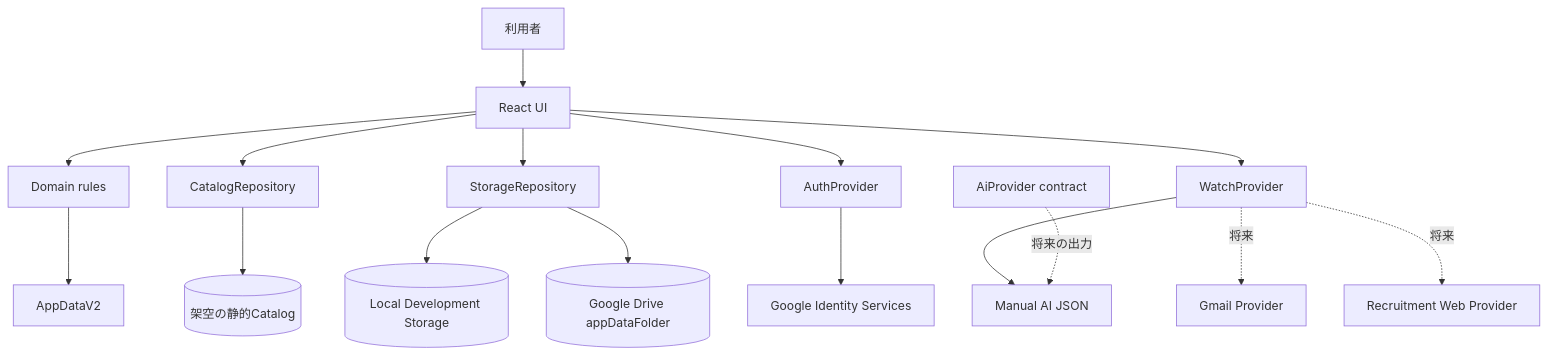
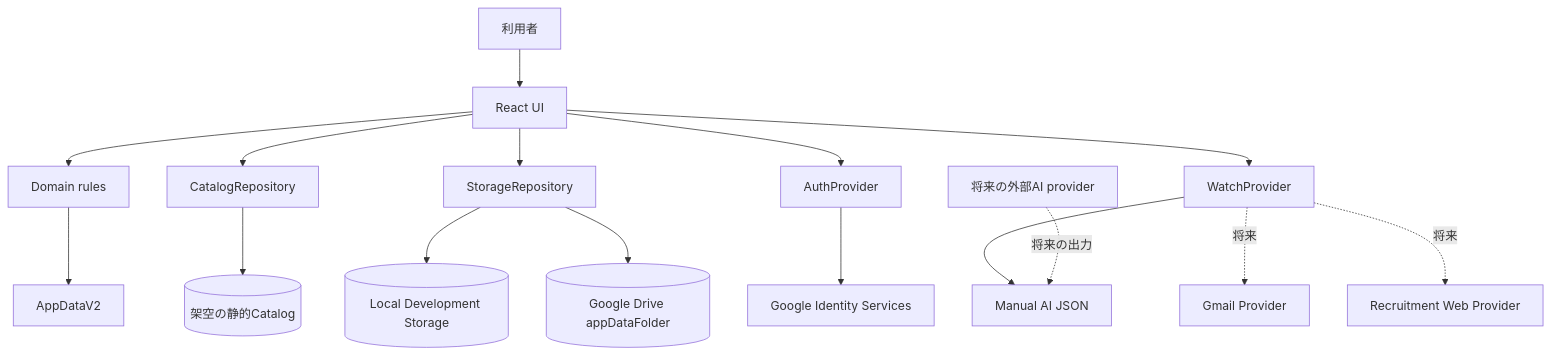
One commit to fujishusuke1215-alt/job-hunt-manager changed the first of 2 diagrams in docs/02_ARCHITECTURE.md. Above: the diagram before and after it, drawn with Mermaid. The commit also changed other lines of this file and 18 other files, not shown here.

````diff
--- a/docs/02_ARCHITECTURE.md
+++ b/docs/02_ARCHITECTURE.md
@@ -5,18 +5,18 @@
 ```mermaid
 flowchart TB
   U[利用者] --> UI[React UI]
   UI --> D[Domain rules]
   D --> APP[AppDataV2]
   UI --> CAT[CatalogRepository]
   UI --> STORE[StorageRepository]
   UI --> AUTH[AuthProvider]
   UI --> WATCH[WatchProvider]
   CAT --> STATIC[(架空の静的Catalog)]
   STORE --> LOCAL[(Local Development Storage)]
   STORE --> DRIVE[(Google Drive appDataFolder)]
   AUTH --> GIS[Google Identity Services]
   WATCH --> MANUAL[Manual AI JSON]
-  AIP[AiProvider contract] -. 将来の出力 .-> MANUAL
+  AIP[将来の外部AI provider] -. 将来の出力 .-> MANUAL
   WATCH -. 将来 .-> GMAIL[Gmail Provider]
   WATCH -. 将来 .-> WEB[Recruitment Web Provider]
 ```
````
